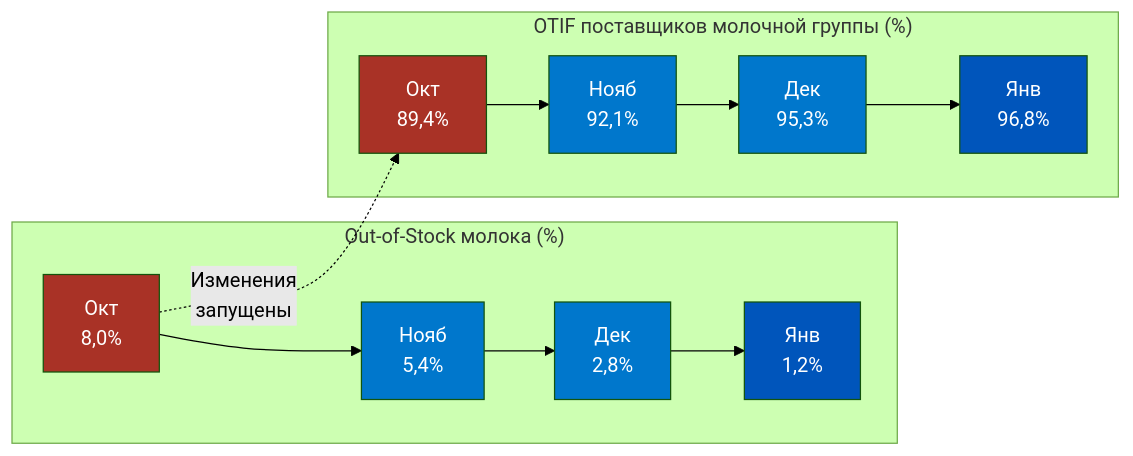
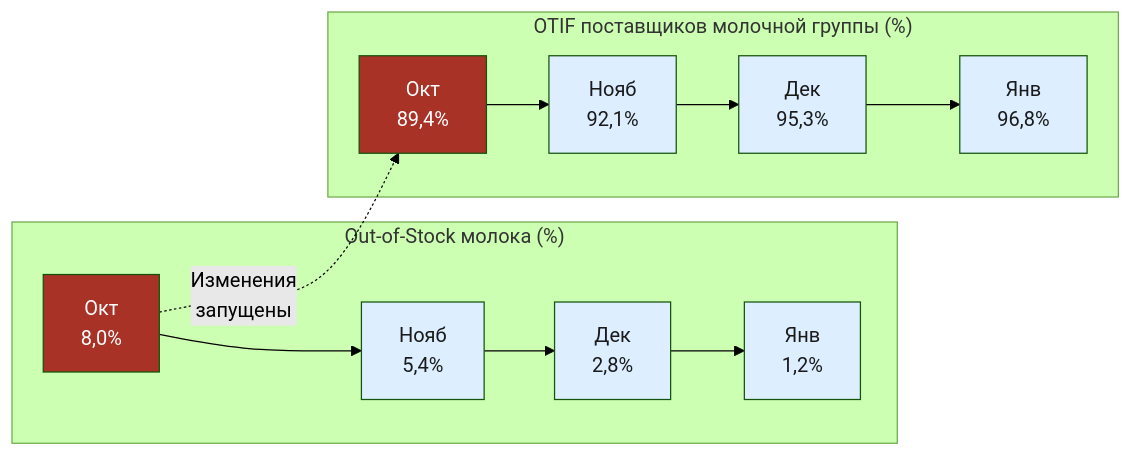
Before and after one commit to murad1986/1c-erp-quartz: the fifth of 5 diagrams in content/1c-erp/week_3/Неделя 3 - День 7 - История дефицита.md, drawn with Mermaid (forest theme). The commit also changed other lines of this file and 57 other files, not shown here.

First line of the commit message:
fix: Mermaid — пастельные цвета в источниках диаграмм (56 файлов)

````diff
--- a/content/1c-erp/week_3/Неделя 3 - День 7 - История дефицита.md
+++ b/content/1c-erp/week_3/Неделя 3 - День 7 - История дефицита.md
@@ -757,19 +757,19 @@
 ```mermaid
 flowchart LR
     subgraph OOS["Out-of-Stock молока (%)"]
         O1["Окт<br/>8,0%"] --> O2["Нояб<br/>5,4%"] --> O3["Дек<br/>2,8%"] --> O4["Янв<br/>1,2%"]
     end
     subgraph OTIF_G["OTIF поставщиков молочной группы (%)"]
         T1["Окт<br/>89,4%"] --> T2["Нояб<br/>92,1%"] --> T3["Дек<br/>95,3%"] --> T4["Янв<br/>96,8%"]
     end
     O1 -. "Изменения<br/>запущены" .-> T1
 
     style O1 fill:#A93226,color:#fff
-    style O2 fill:#0077CC,color:#fff
-    style O3 fill:#0077CC,color:#fff
-    style O4 fill:#0055BB,color:#fff
+    style O2 fill:#dceeff,color:#1a1a1a
+    style O3 fill:#dceeff,color:#1a1a1a
+    style O4 fill:#dceeff,color:#1a1a1a
     style T1 fill:#A93226,color:#fff
-    style T2 fill:#0077CC,color:#fff
-    style T3 fill:#0077CC,color:#fff
-    style T4 fill:#0055BB,color:#fff
+    style T2 fill:#dceeff,color:#1a1a1a
+    style T3 fill:#dceeff,color:#1a1a1a
+    style T4 fill:#dceeff,color:#1a1a1a
 ```
````
